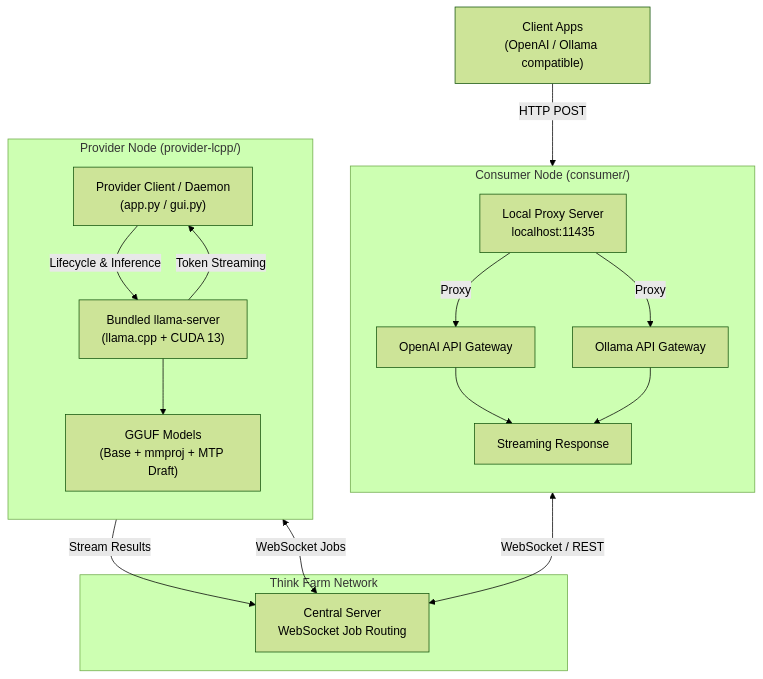
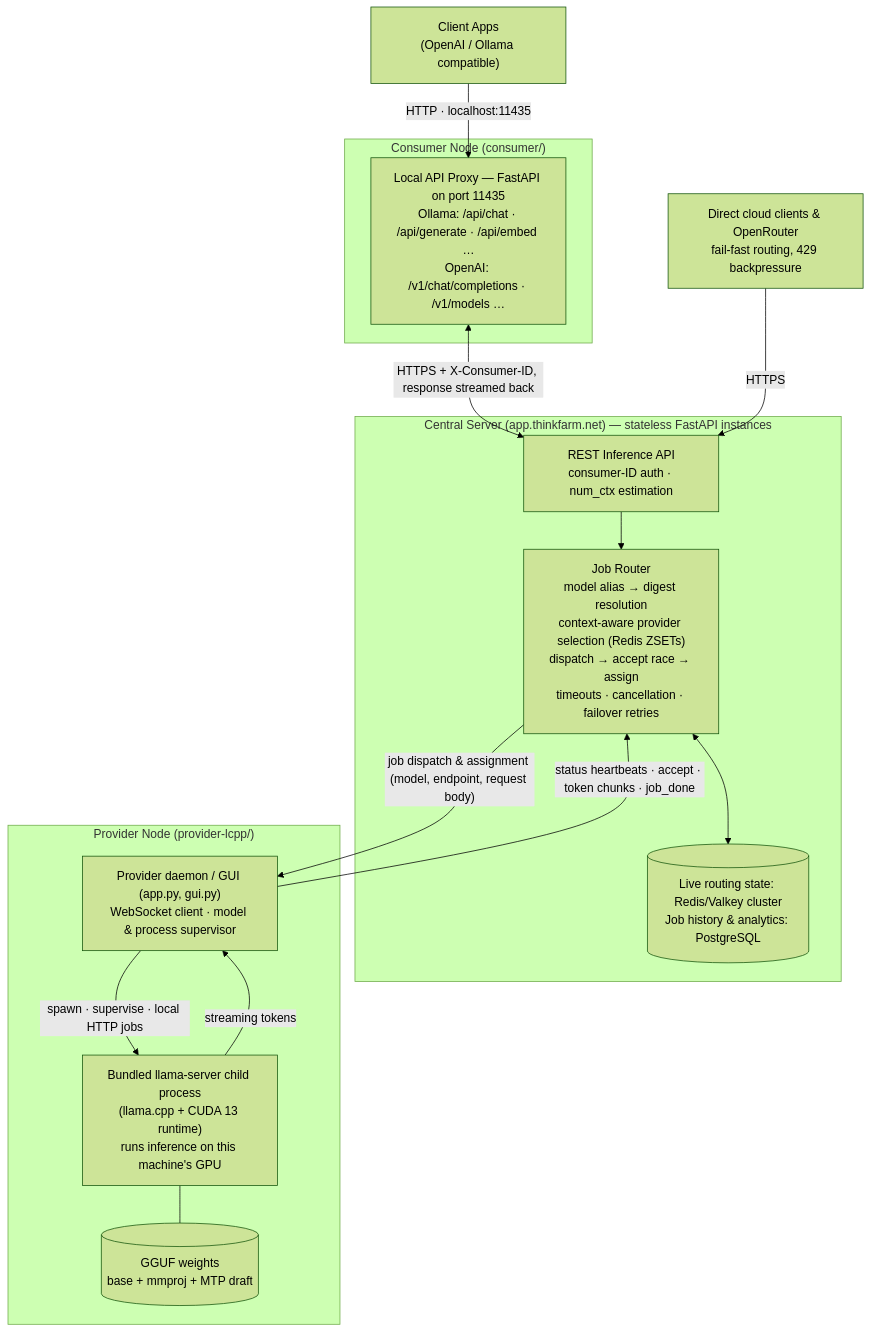
The diagram in README.md (pxp888/thinkfarm), drawn with Mermaid (forest theme) before and after one commit. The commit also changed other lines of this file and 2 other files, not shown here.

Commit message:
auto sync update

````diff
--- a/README.md
+++ b/README.md
@@ -18,29 +20,32 @@
 ```mermaid
 flowchart TB
-    ClientApps["Client Apps\n(OpenAI / Ollama compatible)"] -->|HTTP POST| ConsumerProxy
+    ClientApps["Client Apps<br/>(OpenAI / Ollama compatible)"] -->|HTTP · localhost:11435| ConsumerProxy
+    CloudClients["Direct cloud clients & OpenRouter<br/>fail-fast routing, 429 backpressure"]
 
-    subgraph Consumer["Consumer Node (consumer/)"]
-        direction TB
-        ConsumerProxy["Local Proxy Server\nlocalhost:11435"]
-        ConsumerProxy -->|Proxy| OpenAIGW[OpenAI API Gateway]
-        ConsumerProxy -->|Proxy| OllamaGW[Ollama API Gateway]
-        OpenAIGW & OllamaGW --> Streaming[Streaming Response]
+    subgraph ConsumerNode["Consumer Node (consumer/)"]
+        ConsumerProxy["Local API Proxy — FastAPI on port 11435<br/>Ollama: /api/chat · /api/generate · /api/embed …<br/>OpenAI: /v1/chat/completions · /v1/models …"]
     end
 
-    subgraph ThinkFarm["Think Farm Network"]
-        WS["Central Server\nWebSocket Job Routing"]
+    subgraph CentralServer["Central Server (app.thinkfarm.net) — stateless FastAPI instances"]
+        REST["REST Inference API<br/>consumer-ID auth · num_ctx estimation"]
+        Router["Job Router<br/>model alias → digest resolution<br/>context-aware provider selection (Redis ZSETs)<br/>dispatch → accept race → assign<br/>timeouts · cancellation · failover retries"]
+        State[("Live routing state: Redis/Valkey cluster<br/>Job history & analytics: PostgreSQL")]
+        REST --> Router
+        Router <--> State
     end
 
-    ConsumerProxy <-->|WebSocket / REST| WS
-    WS <-->|WebSocket Jobs| ProviderDaemon
+    ConsumerProxy <-->|"HTTPS + X-Consumer-ID, response streamed back"| REST
+    CloudClients -->|HTTPS| REST
 
-    subgraph Provider["Provider Node (provider-lcpp/)"]
-        direction TB
-        ProviderDaemon["Provider Client / Daemon\n(app.py / gui.py)"]
-        ProviderDaemon -->|Lifecycle & Inference| LlamaServer["Bundled llama-server\n(llama.cpp + CUDA 13)"]
-        LlamaServer --> ModelFiles["GGUF Models\n(Base + mmproj + MTP Draft)"]
+    subgraph ProviderNode["Provider Node (provider-lcpp/)"]
+        Daemon["Provider daemon / GUI (app.py, gui.py)<br/>WebSocket client · model & process supervisor"]
+        LlamaServer["Bundled llama-server child process<br/>(llama.cpp + CUDA 13 runtime)<br/>runs inference on this machine's GPU"]
+        Weights[("GGUF weights<br/>base + mmproj + MTP draft")]
+        Daemon -->|"spawn · supervise · local HTTP jobs"| LlamaServer
+        LlamaServer --- Weights
     end
 
-    LlamaServer -->|Token Streaming| ProviderDaemon
-    ProviderDaemon -->|Stream Results| WS
+    Router -->|"job dispatch & assignment (model, endpoint, request body)"| Daemon
+    Daemon -->|"status heartbeats · accept · token chunks · job_done"| Router
+    LlamaServer -->|"streaming tokens"| Daemon
 ```
````
